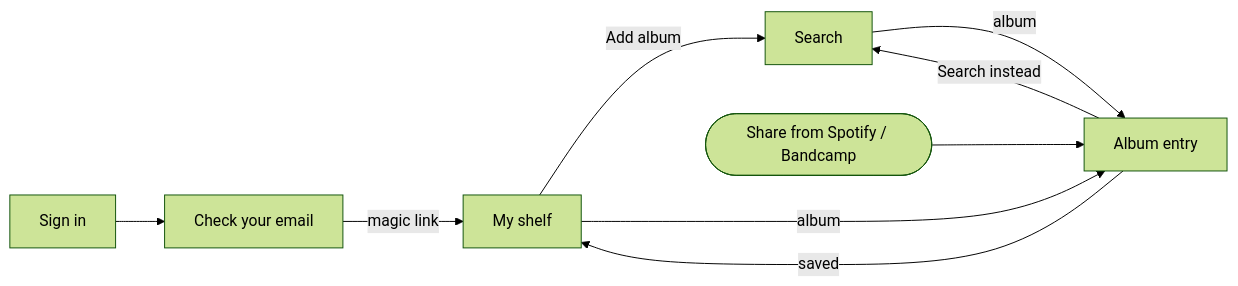
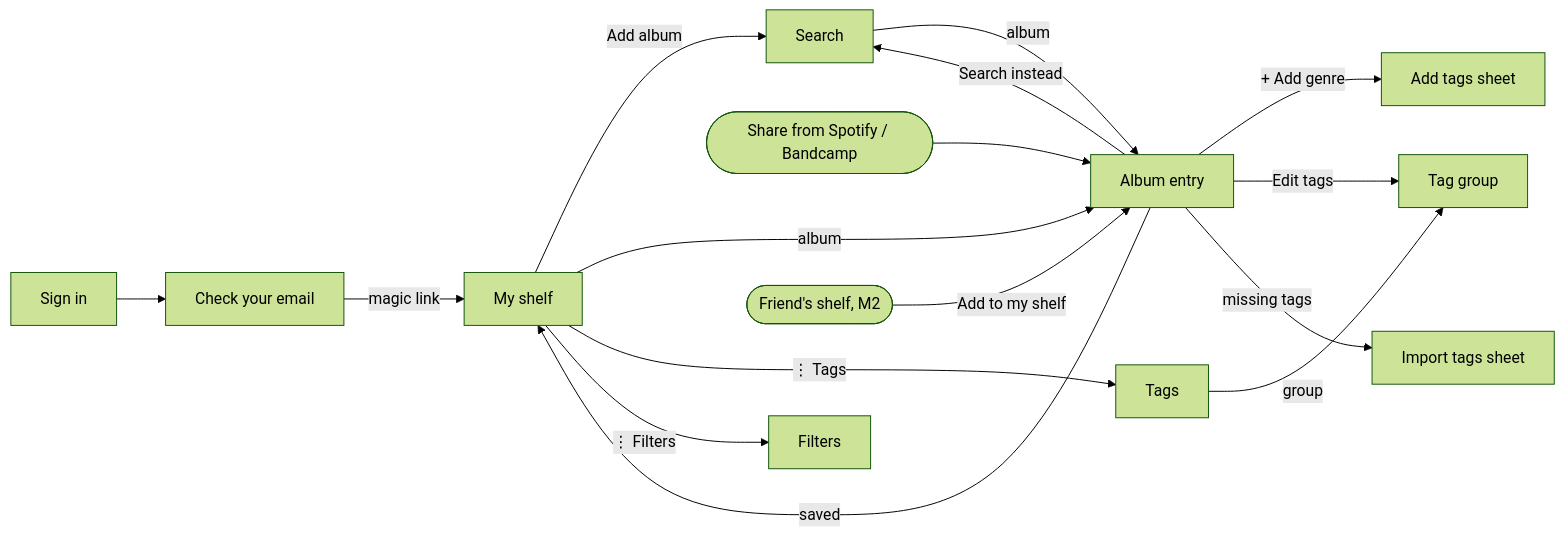
Before and after one commit to Schwub/shelf: the diagram in docs/design/screens.md, drawn with Mermaid (forest theme). The commit also changed other lines of this file and 9 other files, not shown here.

First line of the commit message:
Wireframe the tag system: album entry from groups, editor, filters, import

````diff
--- a/docs/design/screens.md
+++ b/docs/design/screens.md
@@ -22,11 +27,18 @@
 ```mermaid
 flowchart LR
   signin[Sign in] --> check[Check your email]
   check -- magic link --> shelf[My shelf]
   shelf -- Add album --> search[Search]
   search -- album --> entry[Album entry]
   shelf -- album --> entry
   share([Share from Spotify / Bandcamp]) --> entry
   entry -- Search instead --> search
   entry -- saved --> shelf
+  entry -- + Add genre --> addtags[Add tags sheet]
+  entry -- Edit tags --> group[Tag group]
+  shelf -- ⋮ Tags --> tags[Tags]
+  tags -- group --> group
+  shelf -- ⋮ Filters --> filters[Filters]
+  friend([Friend's shelf, M2]) -- Add to my shelf --> entry
+  entry -- missing tags --> import[Import tags sheet]
 ```
````
